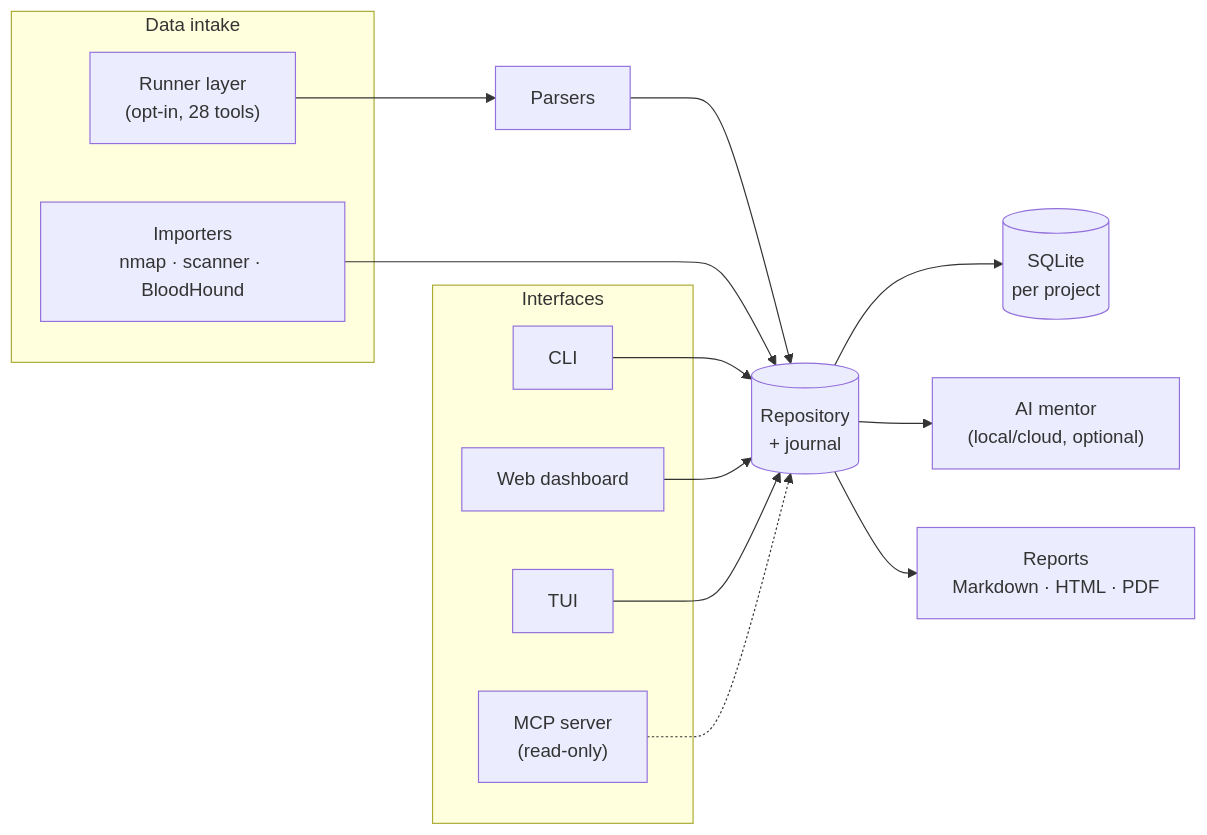
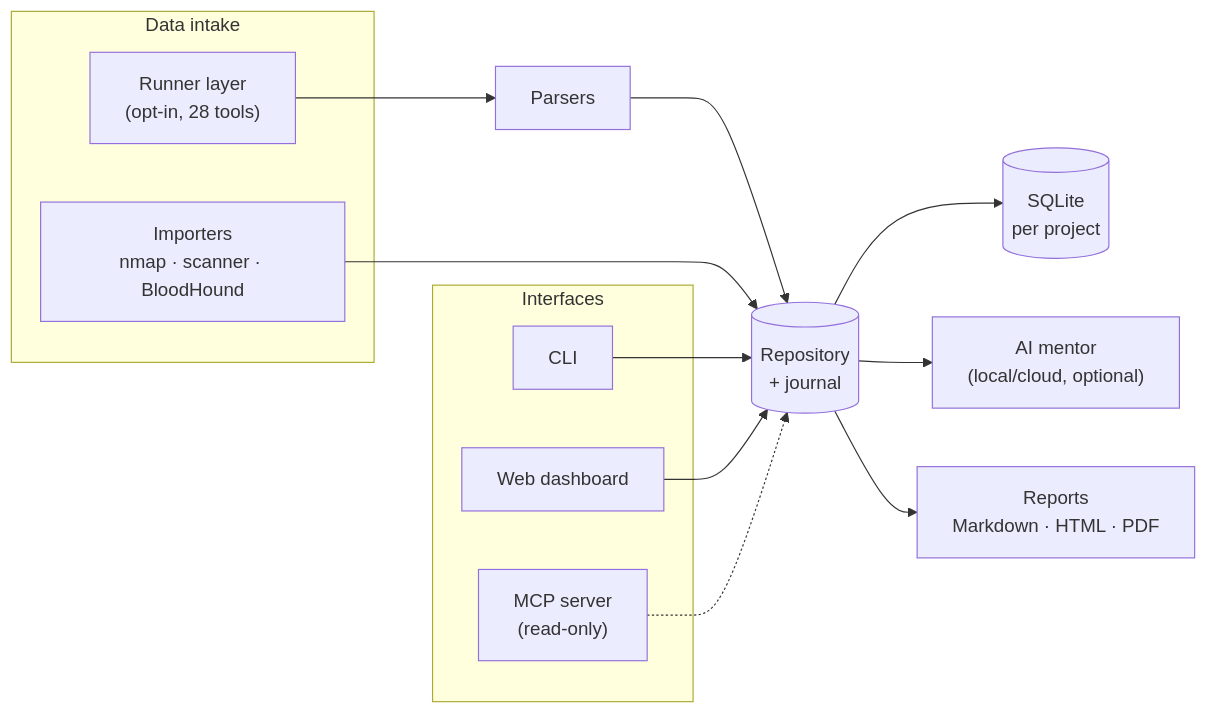
Before and after one commit to kaldox/pentos: the diagram in README.en.md, drawn with Mermaid. The commit also changed other lines of this file and 29 other files, not shown here.

````diff
--- a/README.en.md
+++ b/README.en.md
@@ -210,23 +210,21 @@
 ```mermaid
 flowchart LR
     subgraph face["Interfaces"]
         CLI["CLI"]
         WEB["Web dashboard"]
-        TUI["TUI"]
         MCP["MCP server\n(read-only)"]
     end
     subgraph input["Data intake"]
         IMP["Importers\nnmap · scanner · BloodHound"]
         RUN["Runner layer\n(opt-in, 28 tools)"]
     end
     RUN --> PARSE["Parsers"]
     PARSE --> REPO
     IMP --> REPO
     CLI --> REPO
     WEB --> REPO
-    TUI --> REPO
     MCP -.-> REPO
     REPO[("Repository\n+ journal")] --> DB[("SQLite\nper project")]
     REPO --> AI["AI mentor\n(local/cloud, optional)"]
     REPO --> REP["Reports\nMarkdown · HTML · PDF"]
 ```
````
